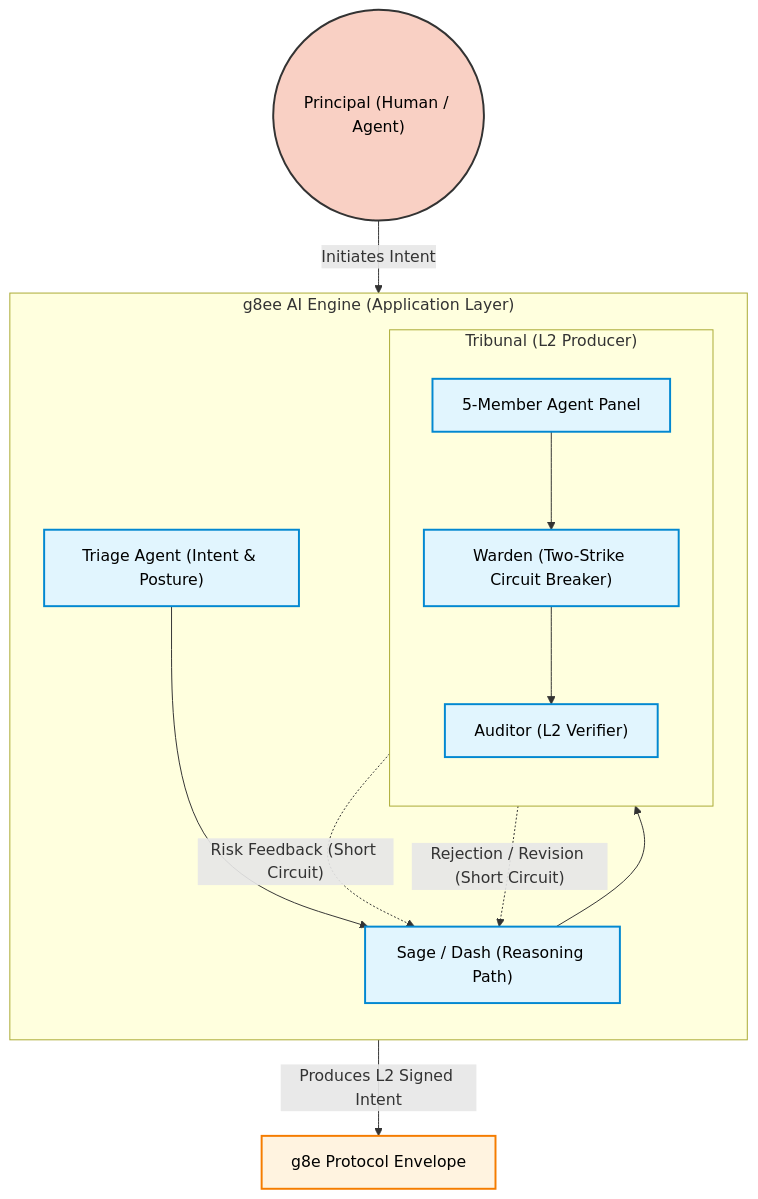
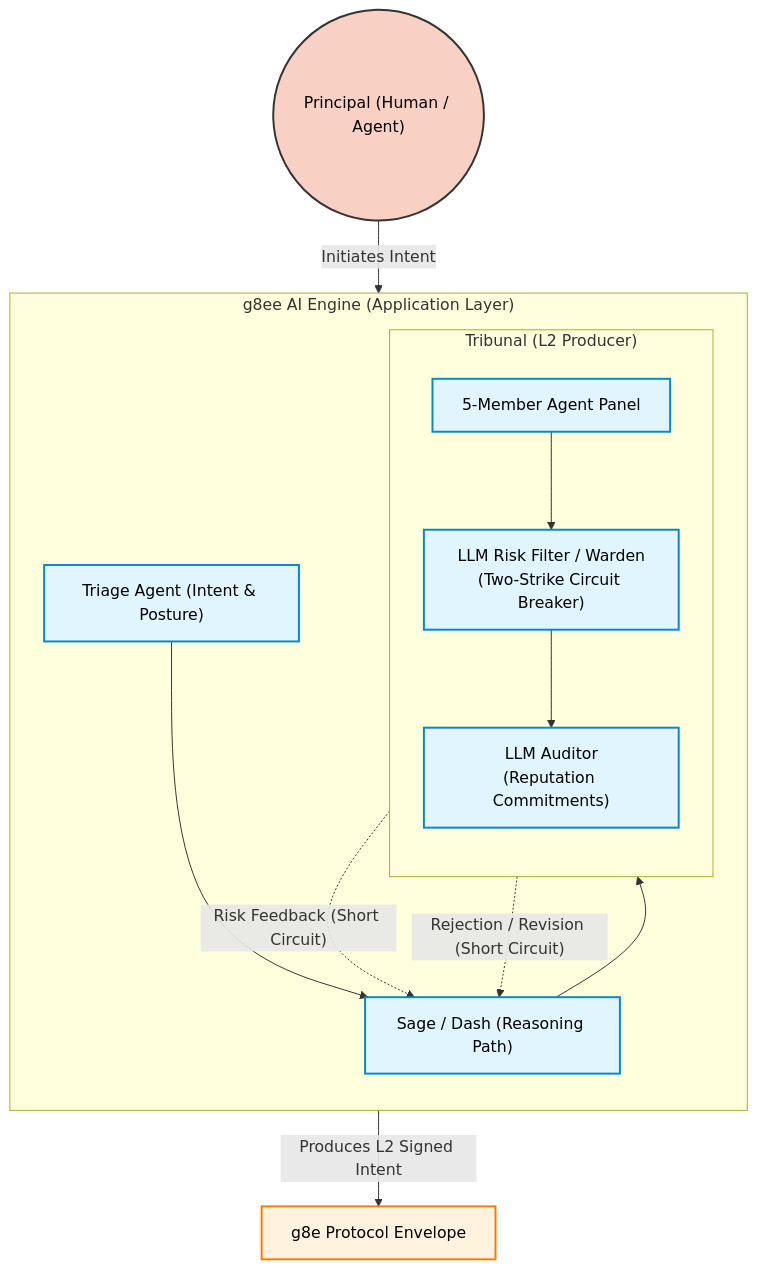
The third of 3 diagrams in README.md (g8e-ai/g8e), drawn with Mermaid before and after one commit. The commit also changed other lines of this file and 2 other files, not shown here.

Commit message:
clarify warden role better

````diff
--- a/README.md
+++ b/README.md
@@ -103,34 +174,34 @@
 ```mermaid
 graph TD
     classDef principal fill:#f9d0c4,stroke:#333,stroke-width:2px,color:#000;
     classDef engine fill:#e1f5fe,stroke:#0288d1,stroke-width:2px,color:#000;
     classDef protocol fill:#fff3e0,stroke:#f57c00,stroke-width:2px,color:#000;
 
     Principal(("Principal (Human / Agent)")):::principal
 
     subgraph Engine ["g8ee AI Engine (Application Layer)"]
         direction TB
         Triage["Triage Agent (Intent & Posture)"]:::engine
         Reasoner["Sage / Dash (Reasoning Path)"]:::engine
         
         subgraph Tribunal ["Tribunal (L2 Producer)"]
             direction TB
             Panel["5-Member Agent Panel"]:::engine
-            Warden["Warden (Two-Strike Circuit Breaker)"]:::engine
-            Auditor["Auditor (L2 Verifier)"]:::engine
+            WardenFilter["LLM Risk Filter / Warden<br/>(Two-Strike Circuit Breaker)"]:::engine
+            Auditor["LLM Auditor<br/>(Reputation Commitments)"]:::engine
             
-            Panel --> Warden
-            Warden --> Auditor
+            Panel --> WardenFilter
+            WardenFilter --> Auditor
         end
         
         Triage --> Reasoner
         Reasoner --> Panel
         
         %% Short Circuits (Feedback Loops)
-        Warden -. "Risk Feedback (Short Circuit)" .-> Reasoner
+        WardenFilter -. "Risk Feedback (Short Circuit)" .-> Reasoner
         Auditor -. "Rejection / Revision (Short Circuit)" .-> Reasoner
     end
 
     Principal -- "Initiates Intent" --> Triage
     Auditor -- "Produces L2 Signed Intent" --> Protocol["g8e Protocol Envelope"]:::protocol
 ```
````
